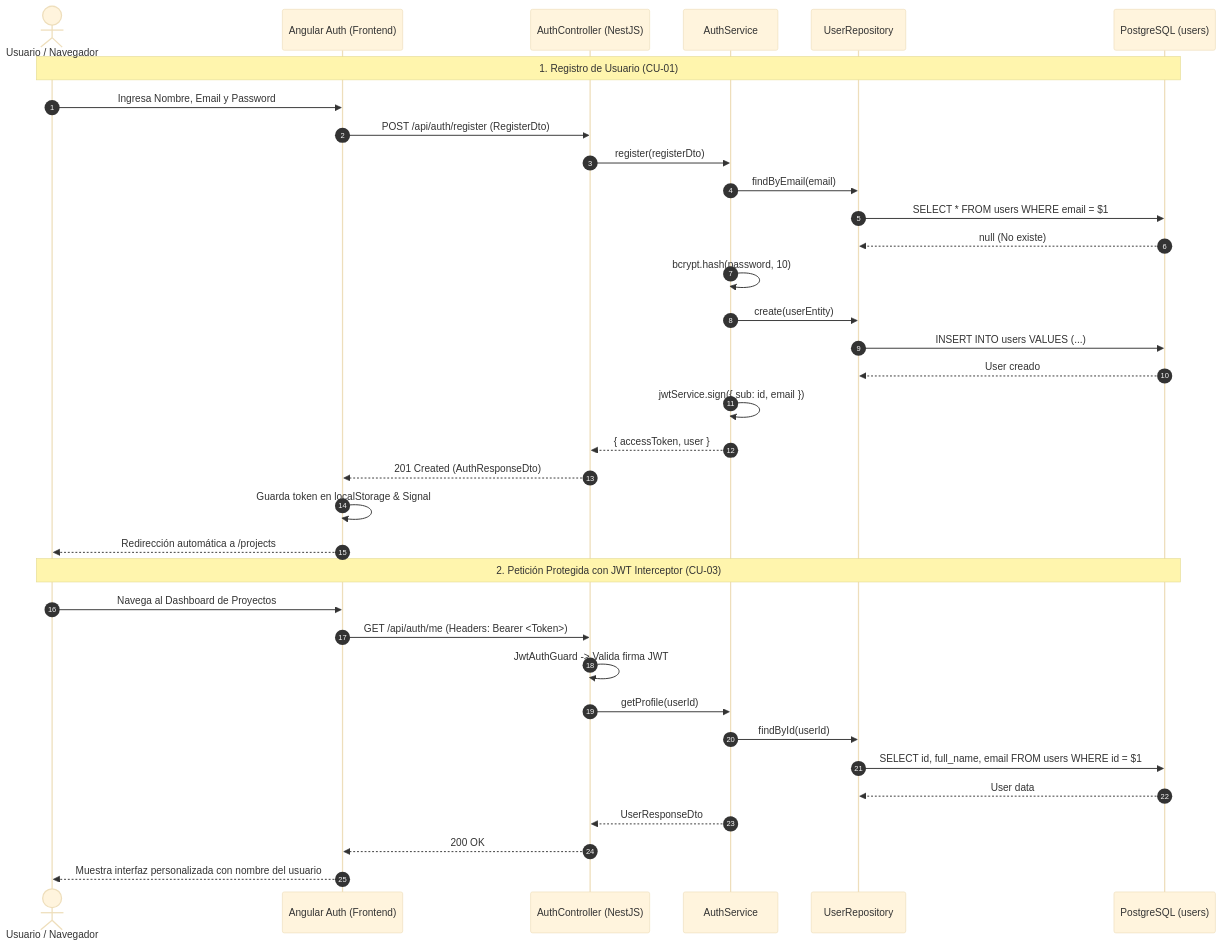
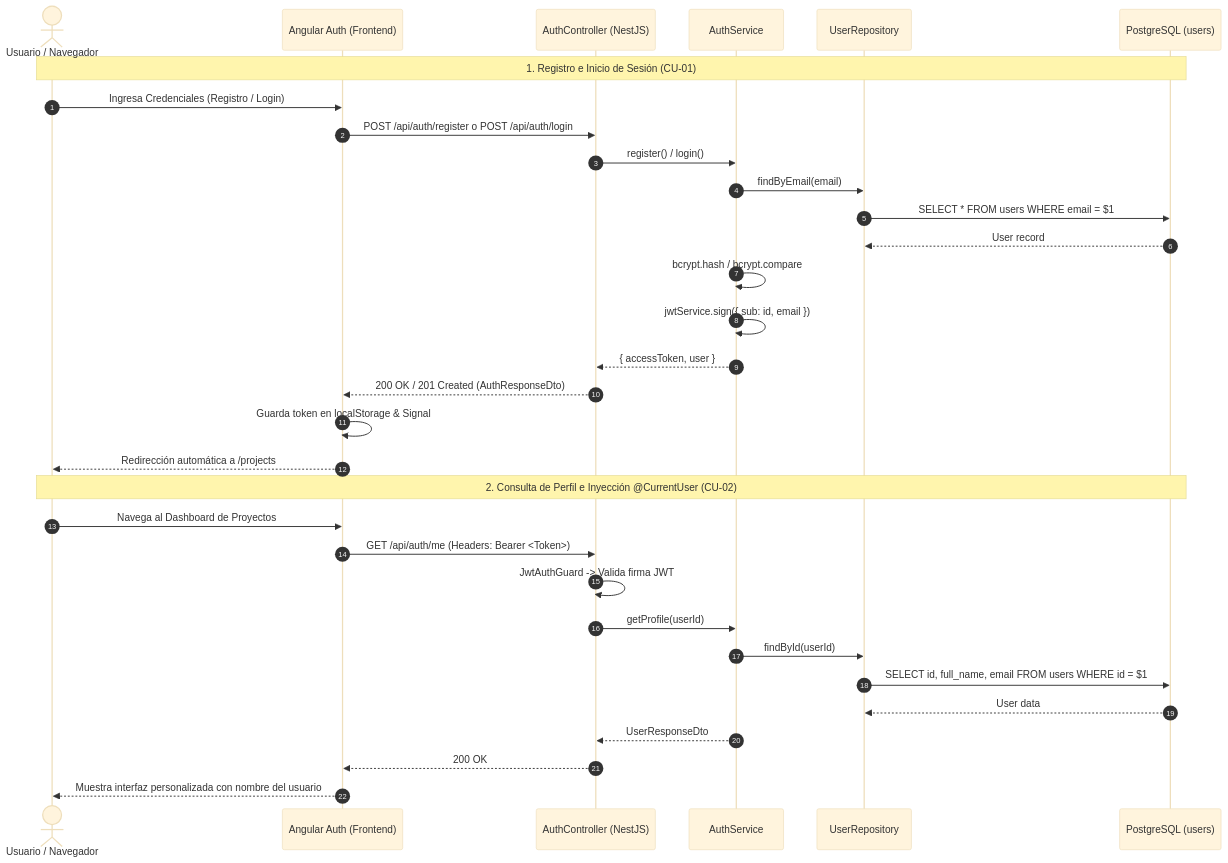
One commit to evert-aov/sw1_parcial1_backend changed the diagram in docs/modules/auth.md. Above: the diagram before and after it, drawn with Mermaid (base theme). The commit also changed other lines of this file and 3 other files, not shown here.

Commit message:
docs: refactor and renumber use cases across auth (CU01-02), projects (CU03-04), diagrams (CU05-08), and collaboration (CU09-11)

````diff
--- a/docs/modules/auth.md
+++ b/docs/modules/auth.md
@@ -70,39 +61,36 @@
 ```mermaid
 sequenceDiagram
     autonumber
     actor U as Usuario / Navegador
     participant UI as Angular Auth (Frontend)
     participant API as AuthController (NestJS)
     participant Srv as AuthService
     participant Repo as UserRepository
     participant DB as PostgreSQL (users)
 
-    Note over U,DB: 1. Registro de Usuario (CU-01)
-    U->>UI: Ingresa Nombre, Email y Password
-    UI->>API: POST /api/auth/register (RegisterDto)
-    API->>Srv: register(registerDto)
+    Note over U,DB: 1. Registro e Inicio de Sesión (CU-01)
+    U->>UI: Ingresa Credenciales (Registro / Login)
+    UI->>API: POST /api/auth/register o POST /api/auth/login
+    API->>Srv: register() / login()
     Srv->>Repo: findByEmail(email)
     Repo->>DB: SELECT * FROM users WHERE email = $1
-    DB-->>Repo: null (No existe)
-    Srv->>Srv: bcrypt.hash(password, 10)
-    Srv->>Repo: create(userEntity)
-    Repo->>DB: INSERT INTO users VALUES (...)
-    DB-->>Repo: User creado
+    DB-->>Repo: User record
+    Srv->>Srv: bcrypt.hash / bcrypt.compare
     Srv->>Srv: jwtService.sign({ sub: id, email })
     Srv-->>API: { accessToken, user }
-    API-->>UI: 201 Created (AuthResponseDto)
+    API-->>UI: 200 OK / 201 Created (AuthResponseDto)
     UI->>UI: Guarda token en localStorage & Signal
     UI-->>U: Redirección automática a /projects
 
-    Note over U,DB: 2. Petición Protegida con JWT Interceptor (CU-03)
+    Note over U,DB: 2. Consulta de Perfil e Inyección @CurrentUser (CU-02)
     U->>UI: Navega al Dashboard de Proyectos
     UI->>API: GET /api/auth/me (Headers: Bearer <Token>)
     API->>API: JwtAuthGuard -> Valida firma JWT
     API->>Srv: getProfile(userId)
     Srv->>Repo: findById(userId)
     Repo->>DB: SELECT id, full_name, email FROM users WHERE id = $1
     DB-->>Repo: User data
     Srv-->>API: UserResponseDto
     API-->>UI: 200 OK
     UI-->>U: Muestra interfaz personalizada con nombre del usuario
 ```
````
